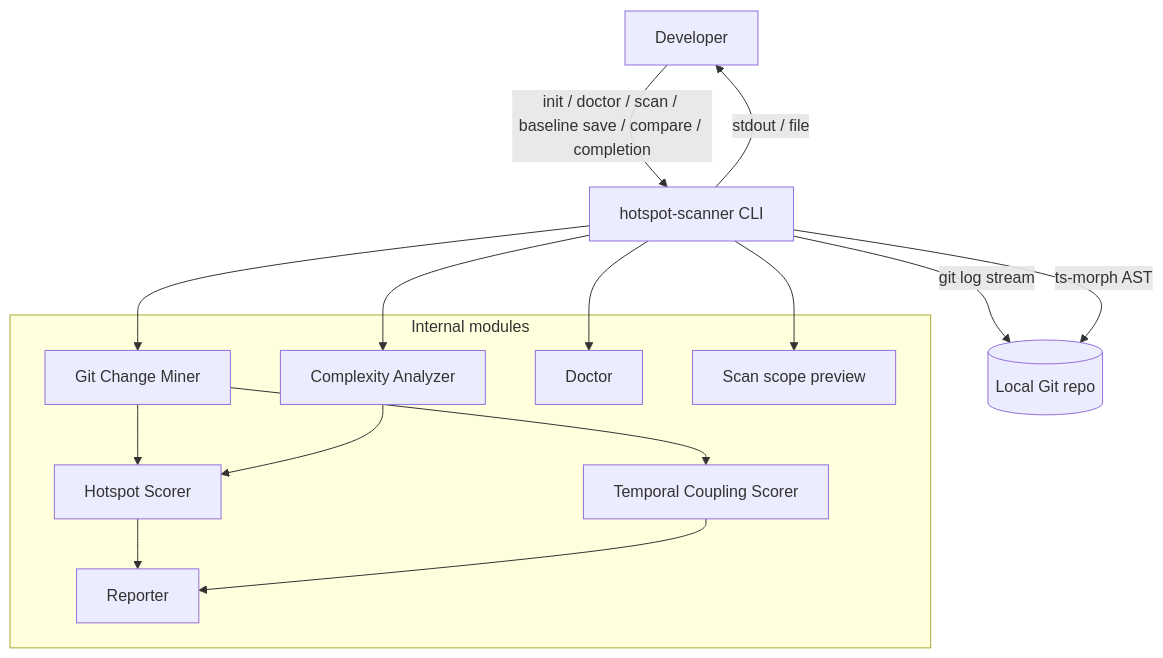
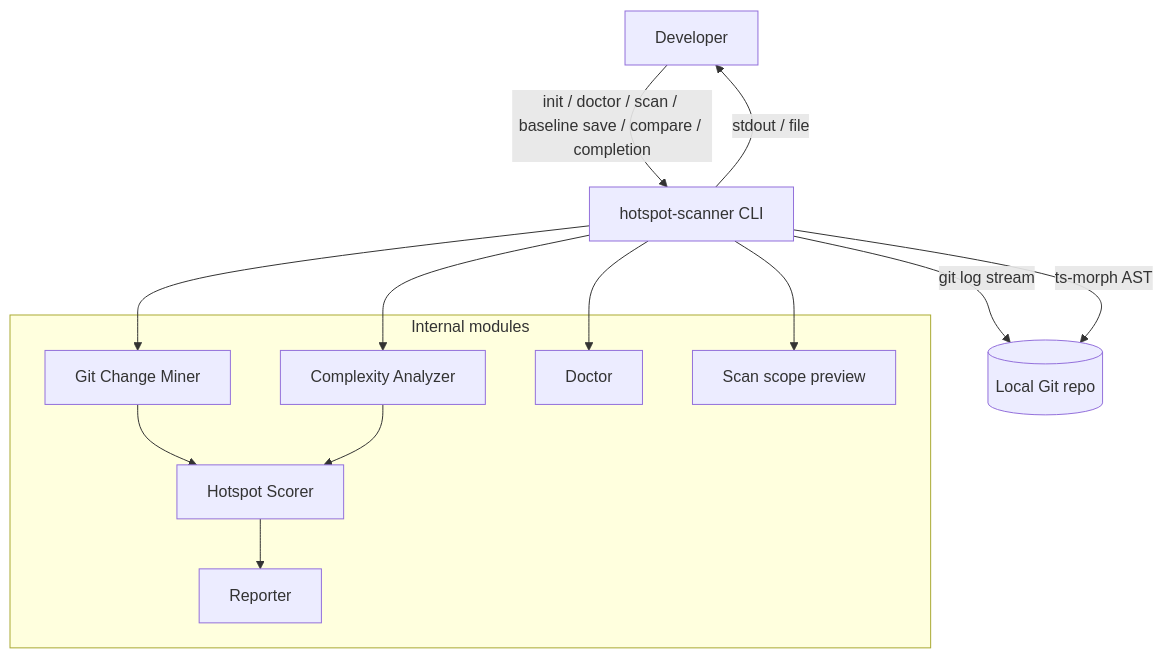
Before and after one commit to AlanTaranti/hotspot-scanner: the first of 3 diagrams in .specs/codebase/ARCHITECTURE.md, drawn with Mermaid. The commit also changed other lines of this file and 124 other files, not shown here.

Commit message:
feat(m56)!: remove temporal coupling analysis (JSON 2.0) Hard-cut removal of co-change pairs, static enrich, and coupling CLI/config. Scan and compare JSON bump to version 2.0 without a coupling field; legacy baselines are rejected. Git miner aggregates churn only.

````diff
--- a/.specs/codebase/ARCHITECTURE.md
+++ b/.specs/codebase/ARCHITECTURE.md
@@ -5,31 +5,28 @@
 ```mermaid
 flowchart TB
   Dev[Developer]
   CLI[hotspot-scanner CLI]
   Repo[(Local Git repo)]
 
   Dev -->|"init / doctor / scan / baseline save / compare / completion"| CLI
   CLI -->|"git log stream"| Repo
   CLI -->|"ts-morph AST"| Repo
   CLI -->|"stdout / file"| Dev
 
   subgraph internal [Internal modules]
     GitMiner[Git Change Miner]
     Complexity[Complexity Analyzer]
     Hotspot[Hotspot Scorer]
-    Coupling[Temporal Coupling Scorer]
     Reporter[Reporter]
     Doctor[Doctor]
     ScanPreview[Scan scope preview]
   end
 
   CLI --> Doctor
   CLI --> ScanPreview
   CLI --> GitMiner
   CLI --> Complexity
   GitMiner --> Hotspot
-  GitMiner --> Coupling
   Complexity --> Hotspot
   Hotspot --> Reporter
-  Coupling --> Reporter
 ```
````
